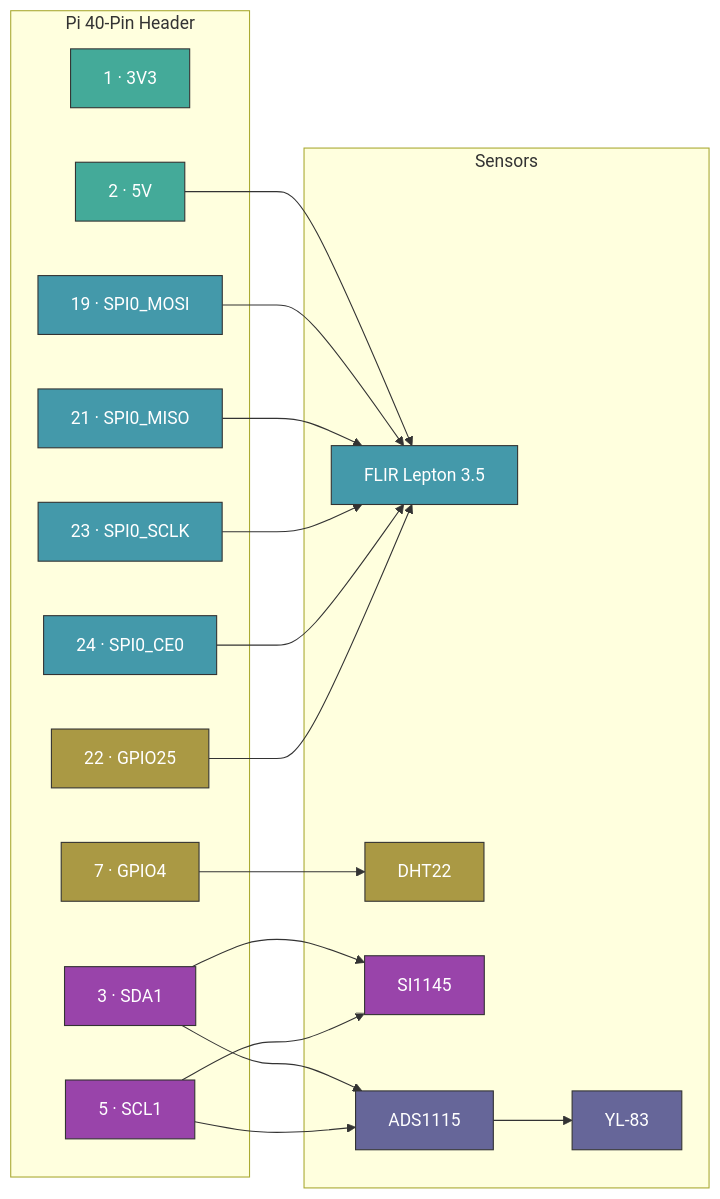
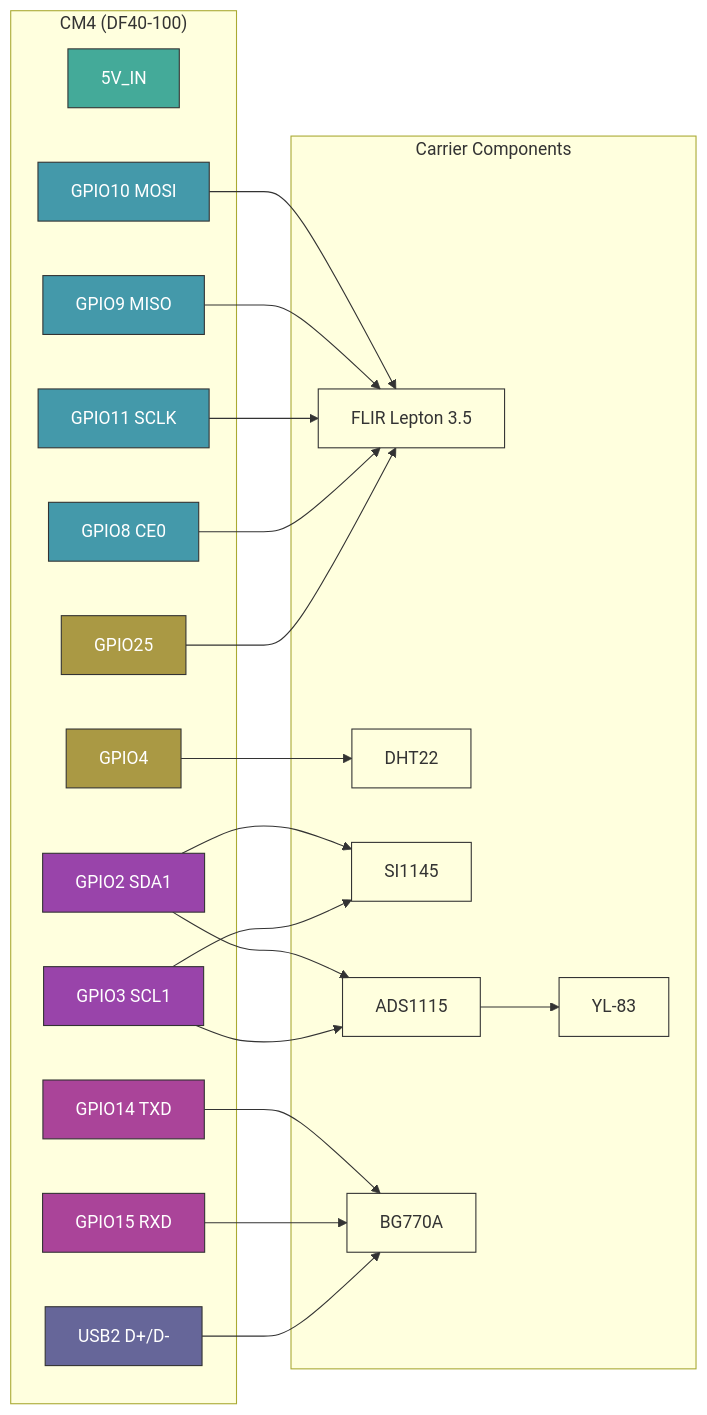
The third of 3 diagrams in readme.md (arcnode-io/ems-line-controller-dlr-pcb), drawn with Mermaid before and after one commit. The commit also changed other lines of this file and 81 other files, not shown here.

````diff
--- a/readme.md
+++ b/readme.md
@@ -66,55 +81,56 @@
 ```mermaid
 flowchart LR
 classDef default fill:transparent,stroke:#333
 classDef pwr fill:#4a9,stroke:#333,color:#fff
 classDef spi fill:#49a,stroke:#333,color:#fff
 classDef i2c fill:#94a,stroke:#333,color:#fff
 classDef gpio fill:#a94,stroke:#333,color:#fff
-classDef adc fill:#669,stroke:#333,color:#fff
+classDef uart fill:#a49,stroke:#333,color:#fff
+classDef usb fill:#669,stroke:#333,color:#fff
 
-subgraph pi_header ["Pi 40-Pin Header"]
-  pin1["1 · 3V3"]
-  pin2["2 · 5V"]
-  pin3["3 · SDA1"]
-  pin5["5 · SCL1"]
-  pin7["7 · GPIO4"]
-  pin19["19 · SPI0_MOSI"]
-  pin21["21 · SPI0_MISO"]
-  pin22["22 · GPIO25"]
-  pin23["23 · SPI0_SCLK"]
-  pin24["24 · SPI0_CE0"]
+subgraph cm4 ["CM4 (DF40-100)"]
+  p_5v["5V_IN"]
+  p_sda["GPIO2 SDA1"]
+  p_scl["GPIO3 SCL1"]
+  p_g4["GPIO4"]
+  p_g25["GPIO25"]
+  p_mosi["GPIO10 MOSI"]
+  p_miso["GPIO9 MISO"]
+  p_sck["GPIO11 SCLK"]
+  p_ce0["GPIO8 CE0"]
+  p_txd["GPIO14 TXD"]
+  p_rxd["GPIO15 RXD"]
+  p_usb["USB2 D+/D-"]
 end
 
-subgraph sensors ["Sensors"]
+subgraph onboard ["Carrier Components"]
   flir["FLIR Lepton 3.5"]
   dht["DHT22"]
   si["SI1145"]
   ads["ADS1115"]
   yl["YL-83"]
+  bg["BG770A"]
 end
 
-pin2 --> flir
-pin19 --> flir
-pin21 --> flir
-pin23 --> flir
-pin24 --> flir
-pin22 --> flir
+p_mosi --> flir
+p_miso --> flir
+p_sck --> flir
+p_ce0 --> flir
+p_g25 --> flir
+p_g4 --> dht
+p_sda --> si
+p_scl --> si
+p_sda --> ads
+p_scl --> ads
+ads --> yl
+p_txd --> bg
+p_rxd --> bg
+p_usb --> bg
 
-pin7 --> dht
-
-pin3 --> si
-pin5 --> si
-
-pin3 --> ads
-pin5 --> ads
-ads --> yl
-
-class pin1,pin2 pwr
-class pin19,pin21,pin23,pin24 spi
-class pin3,pin5 i2c
-class pin7,pin22 gpio
-class ads,yl adc
-class flir spi
-class dht gpio
-class si i2c
+class p_5v pwr
+class p_mosi,p_miso,p_sck,p_ce0 spi
+class p_sda,p_scl i2c
+class p_g4,p_g25 gpio
+class p_txd,p_rxd uart
+class p_usb usb
 ```
````
